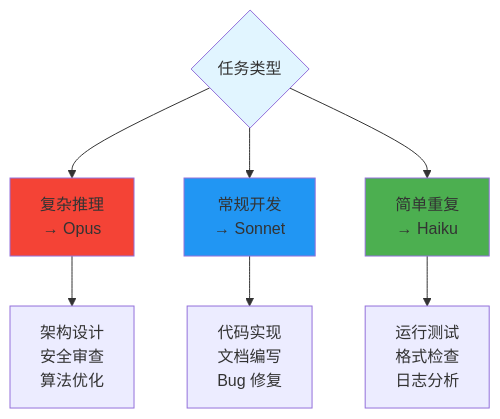
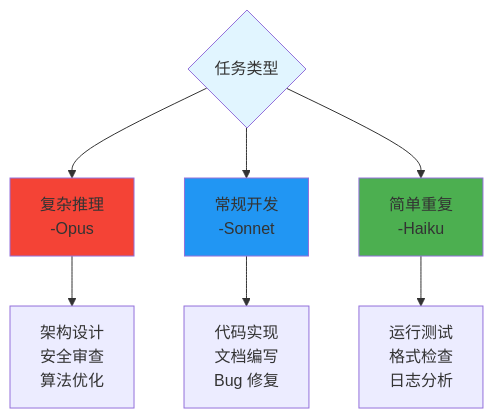
One commit to Jasper-Wynn/agent-doc changed the second of 6 diagrams in config/model-selection.md. Above: the diagram before and after it, drawn with Mermaid. The commit also changed 16 other files, not shown here.

First line of the commit message:
fix: repair mermaid diagram rendering issues

````diff
--- a/config/model-selection.md
+++ b/config/model-selection.md
@@ -35,15 +35,15 @@
 ```mermaid
 flowchart TD
-    A{任务类型} --> B[复杂推理<br/>→ Opus]
-    A --> C[常规开发<br/>→ Sonnet]
-    A --> D[简单重复<br/>→ Haiku]
+    A{任务类型} --> B[复杂推理<br/>-Opus]
+    A --> C[常规开发<br/>-Sonnet]
+    A --> D[简单重复<br/>-Haiku]
 
     B --> E[架构设计<br/>安全审查<br/>算法优化]
     C --> F[代码实现<br/>文档编写<br/>Bug 修复]
     D --> G[运行测试<br/>格式检查<br/>日志分析]
 
     style A fill:#e1f5ff
     style B fill:#f44336
     style C fill:#2196f3
     style D fill:#4caf50
 ```
````
